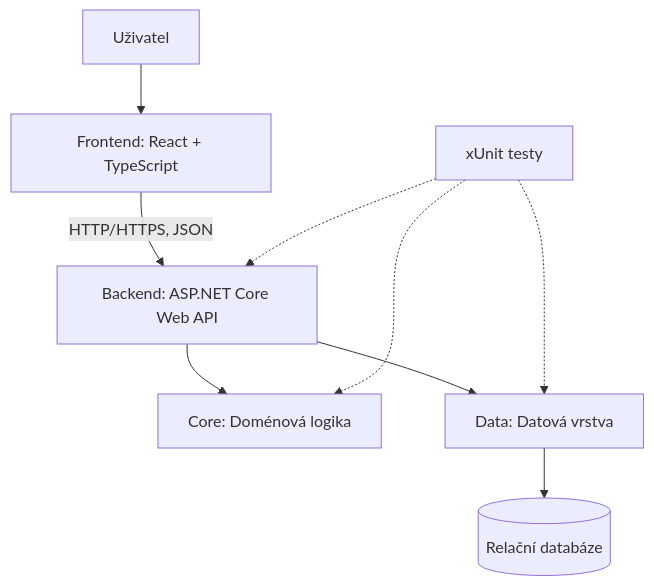
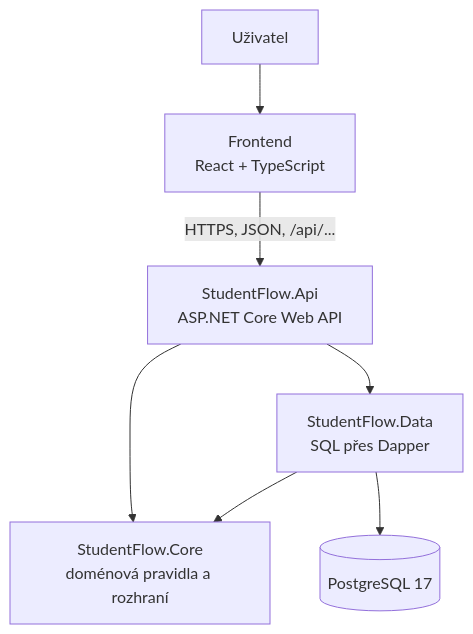
One commit to KulisciOsu/StudentFlow changed the diagram in documents/ELABORATION/ARCHITECTURAL_DESIGN.md. Above: the diagram before and after it, drawn with Mermaid. The commit also changed other lines of this file, not shown here.

Commit message:
docs(architecture): zjednodušení návrhu architektury a sladění se skutečným stavem

````diff
--- a/documents/ELABORATION/ARCHITECTURAL_DESIGN.md
+++ b/documents/ELABORATION/ARCHITECTURAL_DESIGN.md
@@ -24,11 +7,9 @@
 ```mermaid
 flowchart TD
-    U["Uživatel"] --> F["Frontend: React + TypeScript"]
-    F -->|HTTP/HTTPS, JSON| API["Backend: ASP.NET Core Web API"]
-    API --> C["Core: Doménová logika"]
-    API --> D["Data: Datová vrstva"]
-    D --> DB[("Relační databáze")]
-    T["xUnit testy"] -.-> API
-    T -.-> C
-    T -.-> D
+    U["Uživatel"] --> F["Frontend<br/>React + TypeScript"]
+    F -->|"HTTPS, JSON, /api/..."| API["StudentFlow.Api<br/>ASP.NET Core Web API"]
+    API --> C["StudentFlow.Core<br/>doménová pravidla a rozhraní"]
+    API --> D["StudentFlow.Data<br/>SQL přes Dapper"]
+    D --> C
+    D --> DB[("PostgreSQL 17")]
 ```
````
